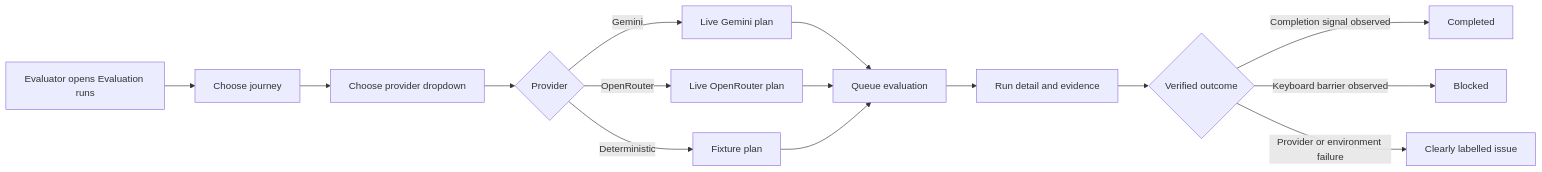
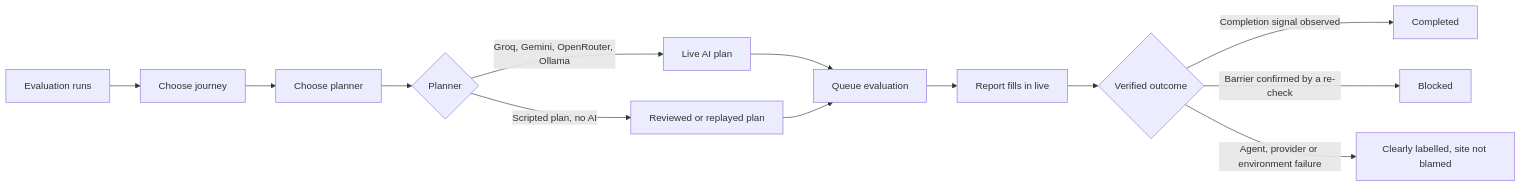
Before and after one commit to MICKEY0107/AccessPath-AI: the first of 4 diagrams in docs/ARCHITECTURE_AND_FLOW.md, drawn with Mermaid. The commit also changed other lines of this file and 14 other files, not shown here.

````diff
--- a/docs/ARCHITECTURE_AND_FLOW.md
+++ b/docs/ARCHITECTURE_AND_FLOW.md
@@ -9,17 +9,15 @@
 ```mermaid
 flowchart LR
-    A[Evaluator opens Evaluation runs] --> B[Choose journey]
-    B --> C[Choose provider dropdown]
-    C --> D{Provider}
-    D -->|Gemini| E[Live Gemini plan]
-    D -->|OpenRouter| F[Live OpenRouter plan]
-    D -->|Deterministic| G[Fixture plan]
+    A[Evaluation runs] --> B[Choose journey]
+    B --> C[Choose planner]
+    C --> D{Planner}
+    D -->|Groq, Gemini, OpenRouter, Ollama| E[Live AI plan]
+    D -->|Scripted plan, no AI| G[Reviewed or replayed plan]
     E --> H[Queue evaluation]
-    F --> H
     G --> H
-    H --> I[Run detail and evidence]
+    H --> I[Report fills in live]
     I --> J{Verified outcome}
     J -->|Completion signal observed| K[Completed]
-    J -->|Keyboard barrier observed| L[Blocked]
-    J -->|Provider or environment failure| M[Clearly labelled issue]
+    J -->|Barrier confirmed by a re-check| L[Blocked]
+    J -->|Agent, provider or environment failure| M[Clearly labelled, site not blamed]
 ```
````
